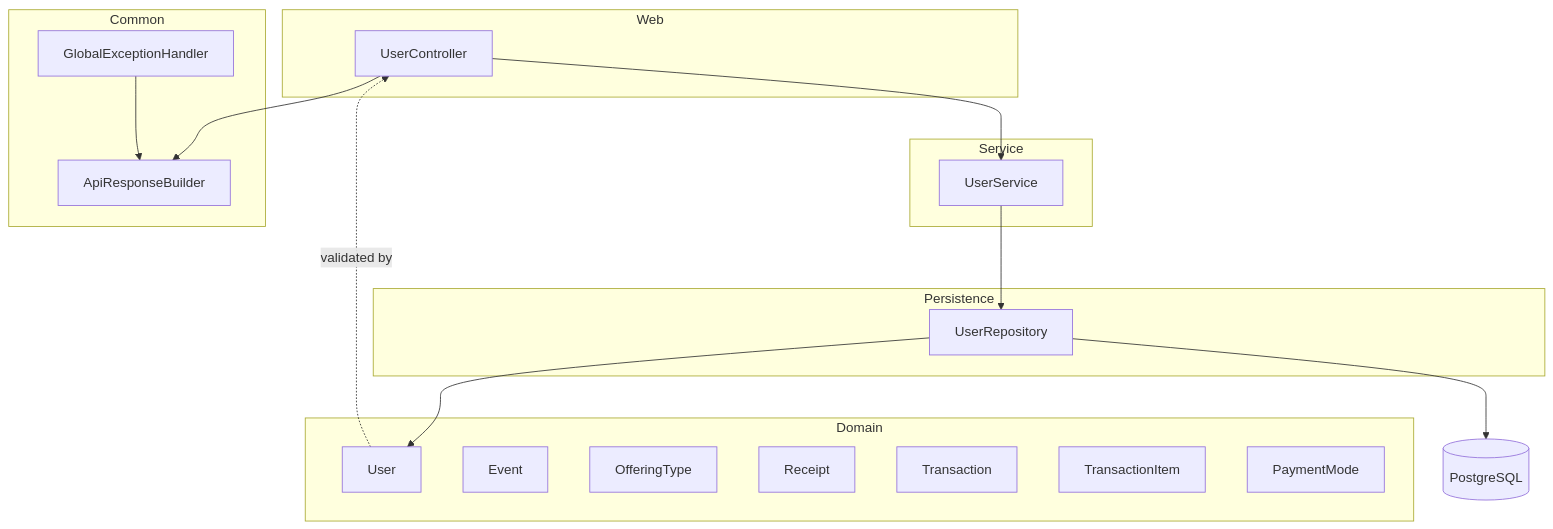
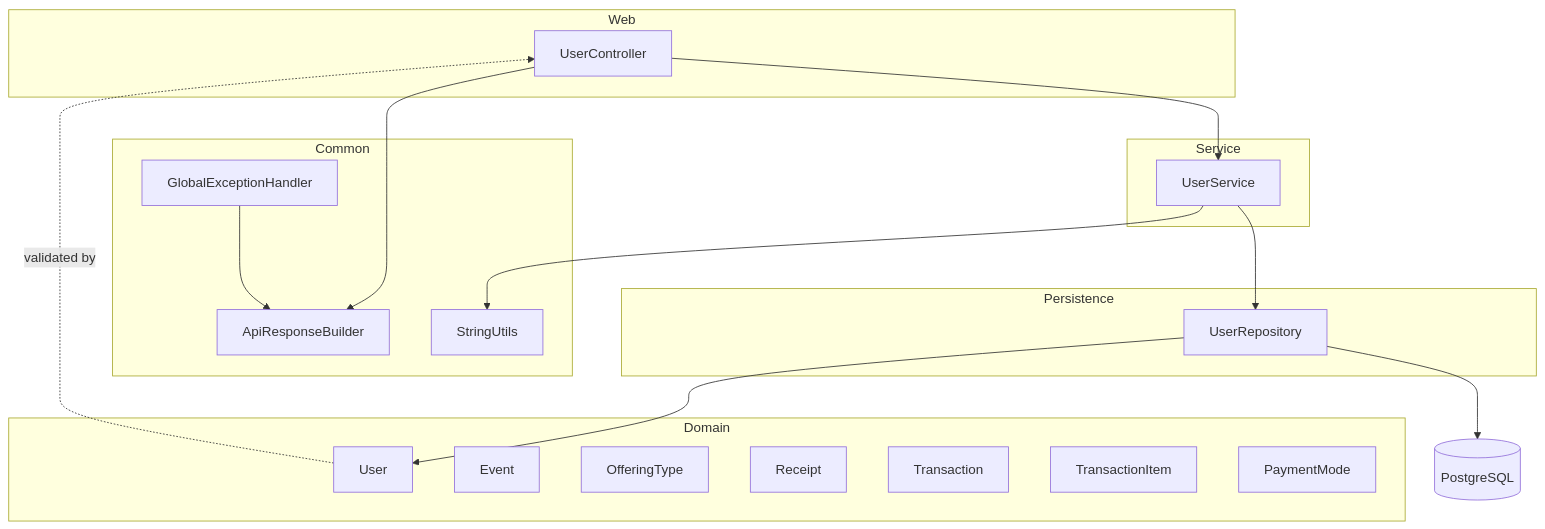
The diagram in docs/architecture.md (DKLokeswaran/db-backend), drawn with Mermaid before and after one commit. The commit also changed other lines of this file and 15 other files, not shown here.

````diff
--- a/docs/architecture.md
+++ b/docs/architecture.md
@@ -26,32 +26,34 @@
 ```mermaid
 flowchart TB
   subgraph Web
     UC[UserController]
   end
   subgraph Service
     US[UserService]
   end
   subgraph Common
     ARB[ApiResponseBuilder]
+    SU[StringUtils]
     GEH[GlobalExceptionHandler]
   end
   subgraph Persistence
     UR[UserRepository]
   end
   subgraph Domain
     U[User]
     E[Event]
     OT[OfferingType]
     R[Receipt]
     T[Transaction]
     TI[TransactionItem]
     PM[PaymentMode]
   end
   UC --> US
+  US --> SU
   US --> UR
   UC --> ARB
   GEH --> ARB
   UR --> U
   UR --> DB[(PostgreSQL)]
   U -.validated by.-> UC
 ```
````
